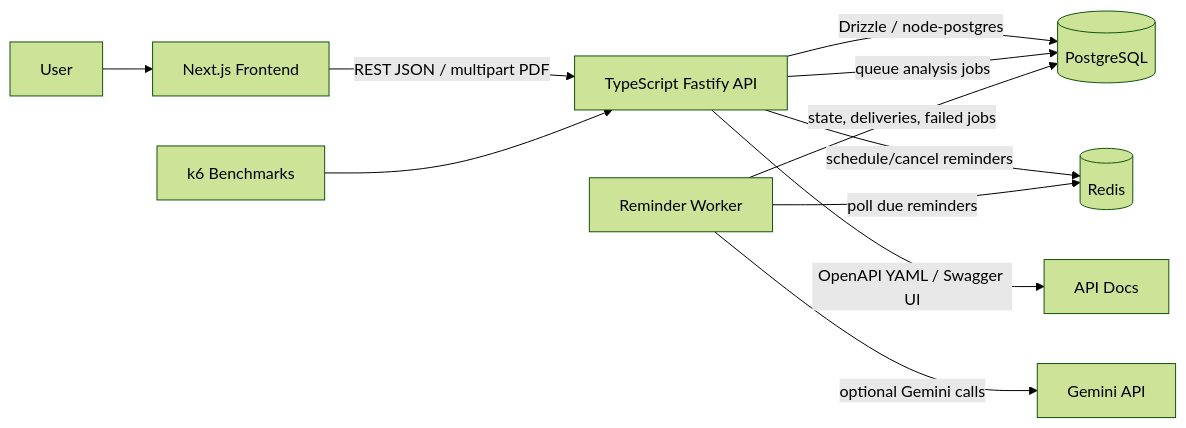
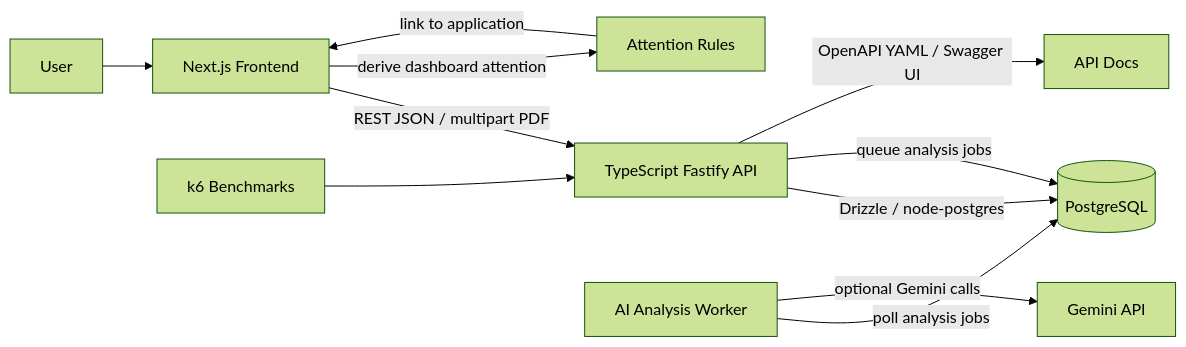
The diagram in docs/reference/architecture.md (tiongMax/career-os), drawn with Mermaid (forest theme) before and after one commit. The commit also changed other lines of this file and 37 other files, not shown here.

Commit message:
feat: add dashboard attention queue

````diff
--- a/docs/reference/architecture.md
+++ b/docs/reference/architecture.md
@@ -75,13 +74,13 @@
 ```mermaid
 flowchart LR
   User[User] --> UI[Next.js Frontend]
   UI -->|REST JSON / multipart PDF| API[TypeScript Fastify API]
   API -->|Drizzle / node-postgres| DB[(PostgreSQL)]
-  API -->|schedule/cancel reminders| Redis[(Redis)]
   API -->|queue analysis jobs| DB
-  Worker[Reminder Worker] -->|poll due reminders| Redis
-  Worker -->|state, deliveries, failed jobs| DB
+  UI -->|derive dashboard attention| Attention[Attention Rules]
+  Attention -->|link to application| UI
+  Worker[AI Analysis Worker] -->|poll analysis jobs| DB
   Worker -->|optional Gemini calls| Gemini[Gemini API]
   API -->|OpenAPI YAML / Swagger UI| Docs[API Docs]
   Bench[k6 Benchmarks] --> API
 ```
````
